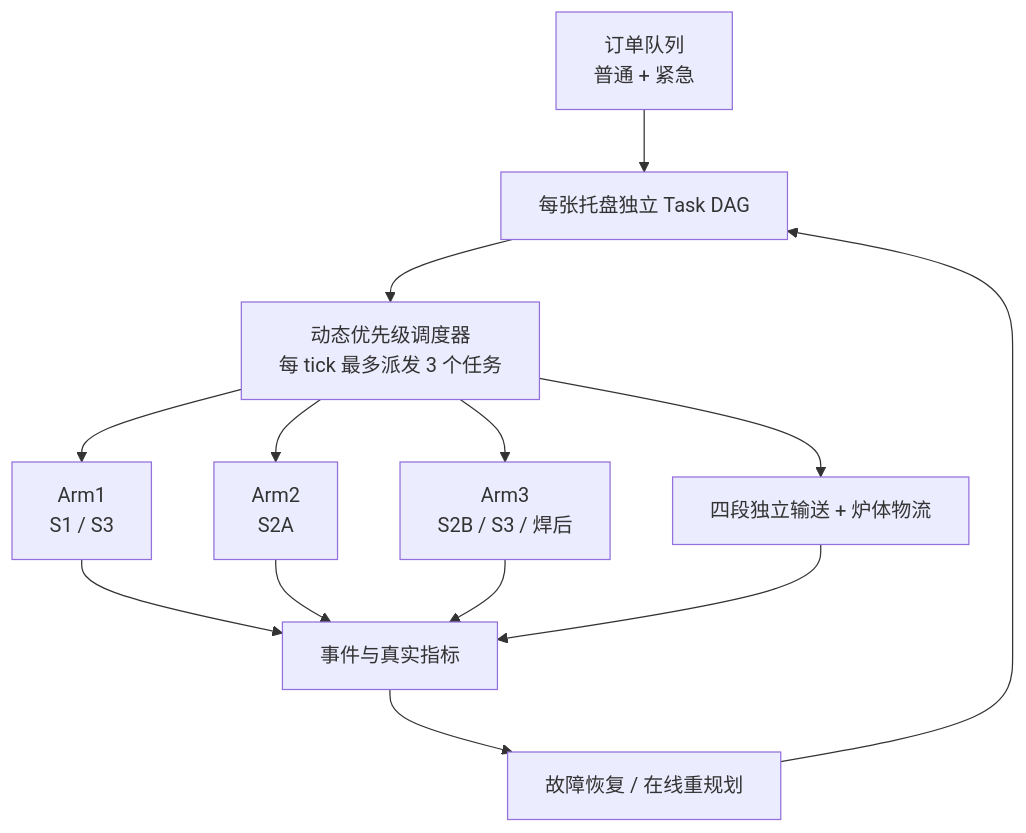
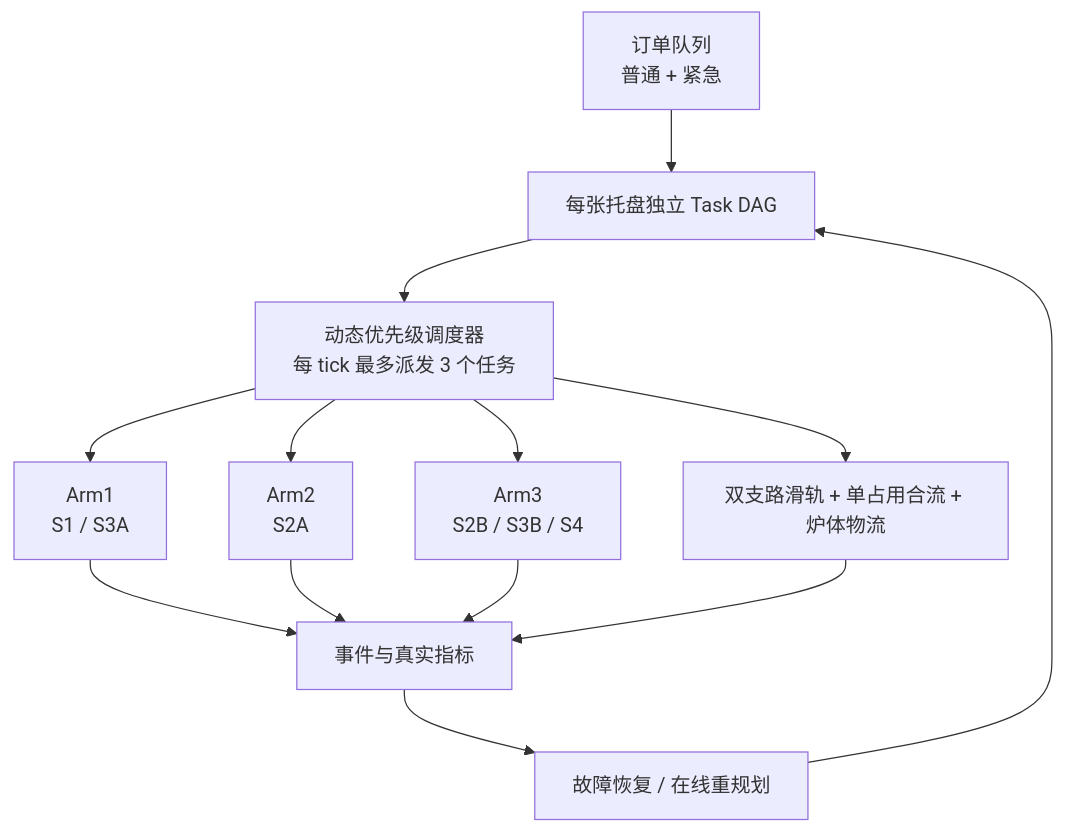
One commit to w-mone-y/Flexible-process-for-heat-sinks-based-on-FR3 changed the second of 2 diagrams in README.md. Above: the diagram before and after it, drawn with Mermaid. The commit also changed other lines of this file and 79 other files, not shown here.

````diff
--- a/README.md
+++ b/README.md
@@ -204,15 +233,15 @@
 ```mermaid
 flowchart TB
     Q["订单队列<br/>普通 + 紧急"] --> G["每张托盘独立 Task DAG"]
     G --> SCH["动态优先级调度器<br/>每 tick 最多派发 3 个任务"]
-    SCH --> A1["Arm1<br/>S1 / S3"]
+    SCH --> A1["Arm1<br/>S1 / S3A"]
     SCH --> A2["Arm2<br/>S2A"]
-    SCH --> A3["Arm3<br/>S2B / S3 / 焊后"]
-    SCH --> LOG["四段独立输送 + 炉体物流"]
+    SCH --> A3["Arm3<br/>S2B / S3B / S4"]
+    SCH --> LOG["双支路滑轨 + 单占用合流 + 炉体物流"]
     A1 --> EVT["事件与真实指标"]
     A2 --> EVT
     A3 --> EVT
     LOG --> EVT
     EVT --> REC["故障恢复 / 在线重规划"]
     REC --> G
 ```
````
